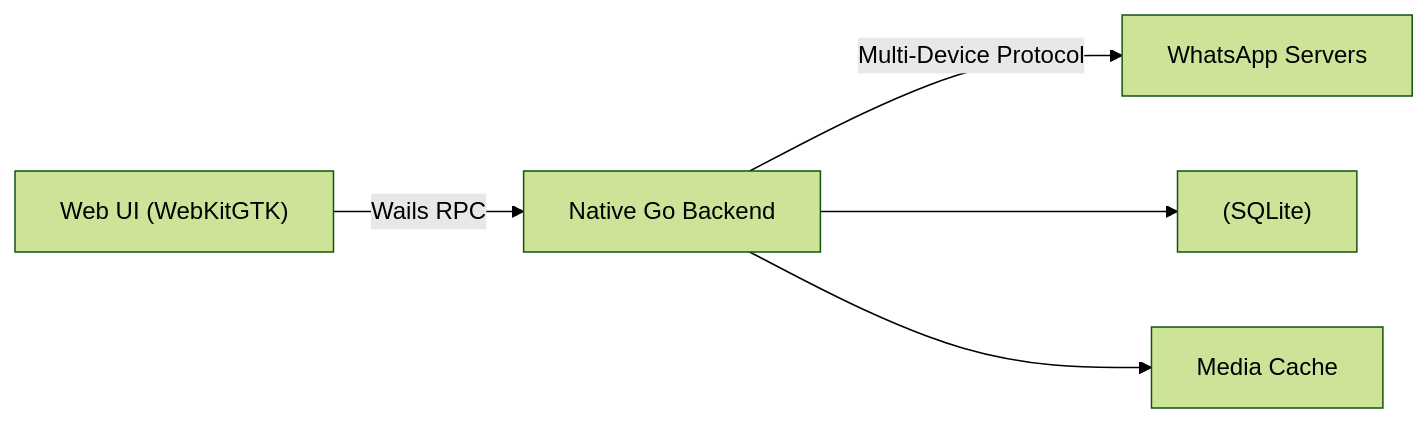
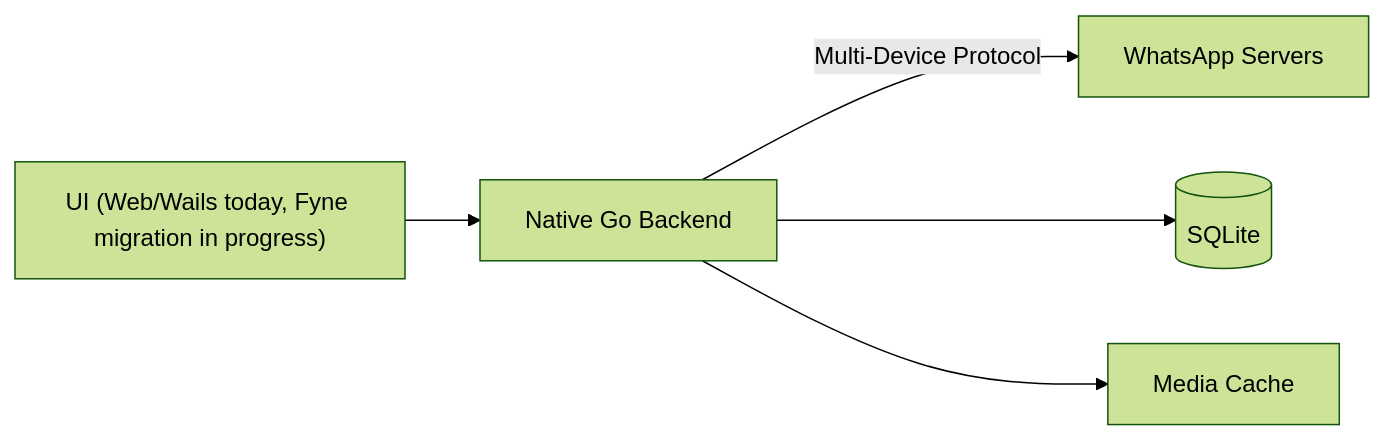
The diagram in README.md (adtbch/what4winnative), drawn with Mermaid (forest theme) before and after one commit. The commit also changed other lines of this file, not shown here.

````diff
--- a/README.md
+++ b/README.md
@@ -34,8 +29,7 @@
 ```mermaid
 flowchart LR
-    UI["Web UI (WebKitGTK)"] -->|Wails RPC| Go[Native Go Backend]
+    UI["UI (Web/Wails today, Fyne migration in progress)"] --> Go[Native Go Backend]
     Go -->|Multi-Device Protocol| WA[WhatsApp Servers]
-    Go --> DB["(SQLite)"]
+    Go --> DB[(SQLite)]
     Go --> Media[Media Cache]
-
 ```
````
